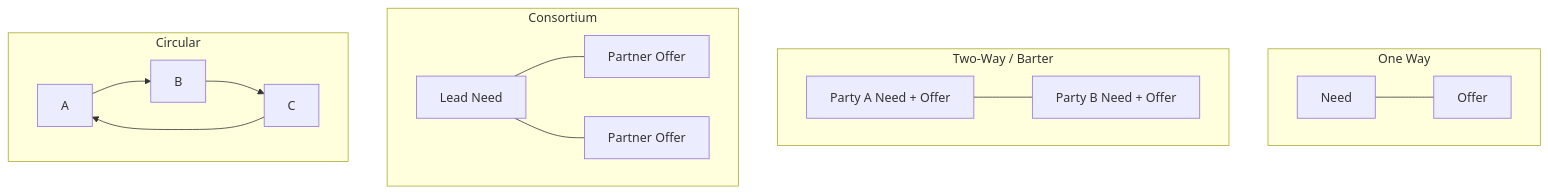
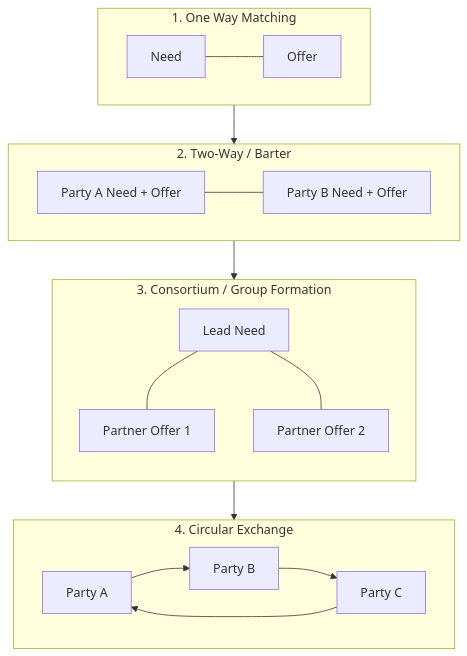
Before and after one commit to Mabdelmofdy/PMtwin1: the third of 6 diagrams in docs/PM-Twin-Complete-User-Guide.md, drawn with Mermaid. The commit also changed other lines of this file and 53 other files, not shown here.

````diff
--- a/docs/PM-Twin-Complete-User-Guide.md
+++ b/docs/PM-Twin-Complete-User-Guide.md
@@ -761,16 +765,23 @@
 ```mermaid
 flowchart TB
-  subgraph one["One Way"]
+  subgraph one["1. One Way Matching"]
+    direction LR
     N1[Need] --- O1[Offer]
   end
-  subgraph two["Two-Way / Barter"]
+  subgraph two["2. Two-Way / Barter"]
+    direction LR
     A[Party A Need + Offer] --- B[Party B Need + Offer]
   end
-  subgraph cons["Consortium"]
-    Lead[Lead Need] --- P1[Partner Offer]
-    Lead --- P2[Partner Offer]
+  subgraph cons["3. Consortium / Group Formation"]
+    direction TB
+    Lead[Lead Need] --- P1[Partner Offer 1]
+    Lead --- P2[Partner Offer 2]
   end
-  subgraph circ["Circular"]
-    X[A] --> Y[B] --> Z[C] --> X
+  subgraph circ["4. Circular Exchange"]
+    direction LR
+    X[Party A] --> Y[Party B]
+    Y --> Z[Party C]
+    Z --> X
   end
+  one --> two --> cons --> circ
 ```
````
